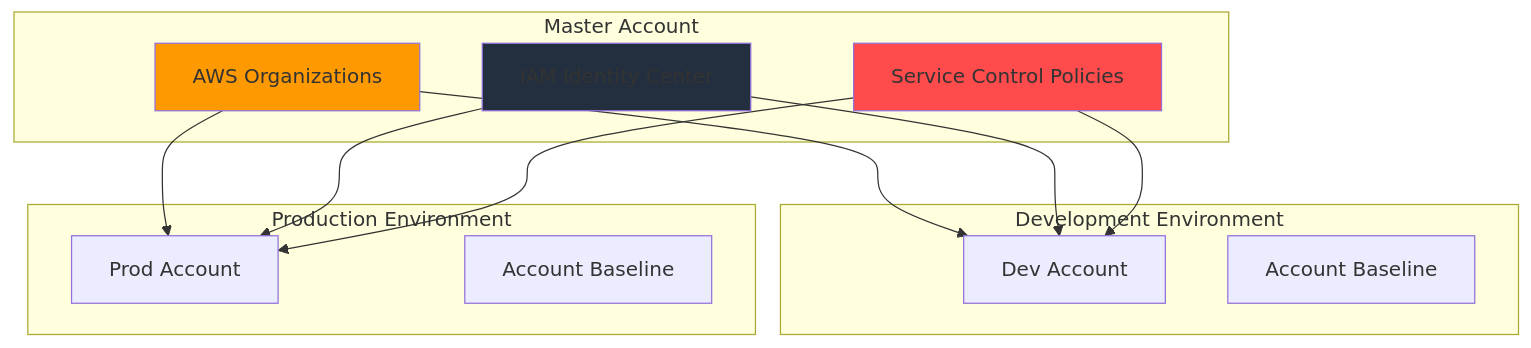
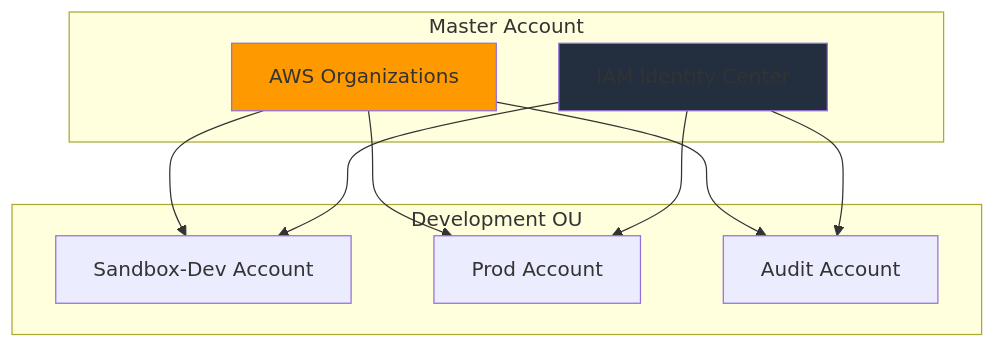
Before and after one commit to searge/aws-identity-platform: the diagram in docs/architecture.md, drawn with Mermaid. The commit also changed other lines of this file and 1 other file, not shown here.

Commit message:
feat(docs): Update architecture & development

````diff
--- a/docs/architecture.md
+++ b/docs/architecture.md
@@ -9,29 +7,23 @@
 ```mermaid
 graph TB
     subgraph "Master Account"
         ORG[AWS Organizations]
         IDC[IAM Identity Center]
-        SCP[Service Control Policies]
     end
 
-    subgraph "Development Environment"
-        DEV[Dev Account]
-        DEV_BASE[Account Baseline]
+    subgraph "Development OU"
+        SANDBOX[Sandbox-Dev Account]
+        PROD[Prod Account]
+        AUDIT[Audit Account]
     end
 
-    subgraph "Production Environment"
-        PROD[Prod Account]
-        PROD_BASE[Account Baseline]
-    end
-
-    ORG --> DEV
+    ORG --> SANDBOX
     ORG --> PROD
-    IDC --> DEV
+    ORG --> AUDIT
+    IDC --> SANDBOX
     IDC --> PROD
-    SCP --> DEV
-    SCP --> PROD
+    IDC --> AUDIT
 
     style ORG fill:#ff9900
     style IDC fill:#232f3e
-    style SCP fill:#ff4b4b
 ```
````
